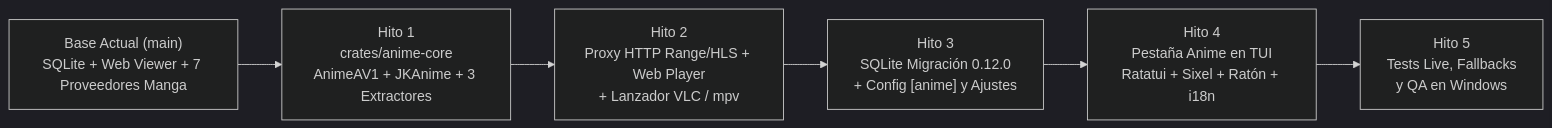
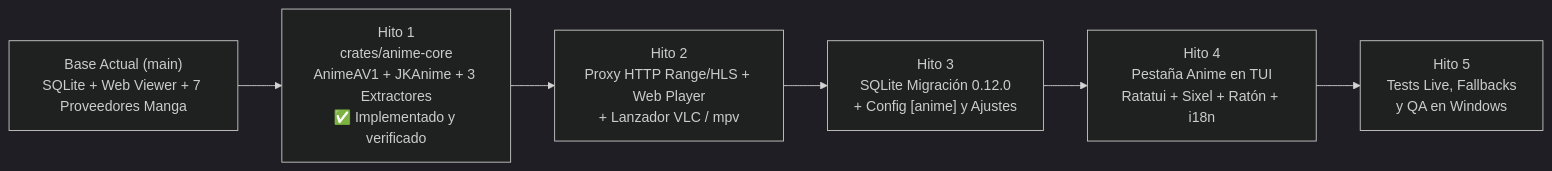
The first of 2 diagrams in ANIME_ROADMAP.md (tomahawk1103/manga-tui), drawn with Mermaid (dark theme) before and after one commit. The commit also changed other lines of this file and 13 other files, not shown here.

Commit message:
feat(anime): implement Hito 1 anime-core crate with AnimeAV1, JKAnime, and video extractors

````diff
--- a/ANIME_ROADMAP.md
+++ b/ANIME_ROADMAP.md
@@ -35,11 +35,11 @@
 ```mermaid
 flowchart LR
     Base["Base Actual (main)<br/>SQLite + Web Viewer + 7 Proveedores Manga"]
-    H1["Hito 1<br/>crates/anime-core<br/>AnimeAV1 + JKAnime + 3 Extractores"]
+    H1["Hito 1<br/>crates/anime-core<br/>AnimeAV1 + JKAnime + 3 Extractores<br/>✅ Implementado y verificado"]
     H2["Hito 2<br/>Proxy HTTP Range/HLS + Web Player<br/>+ Lanzador VLC / mpv"]
     H3["Hito 3<br/>SQLite Migración 0.12.0<br/>+ Config [anime] y Ajustes"]
     H4["Hito 4<br/>Pestaña Anime en TUI<br/>Ratatui + Sixel + Ratón + i18n"]
     H5["Hito 5<br/>Tests Live, Fallbacks<br/>y QA en Windows"]
 
     Base --> H1 --> H2 --> H3 --> H4 --> H5
 ```
````
